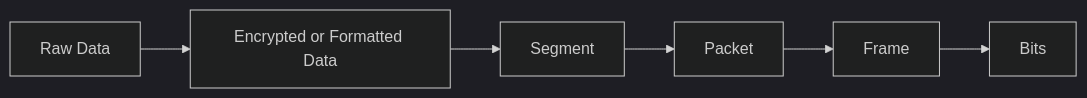
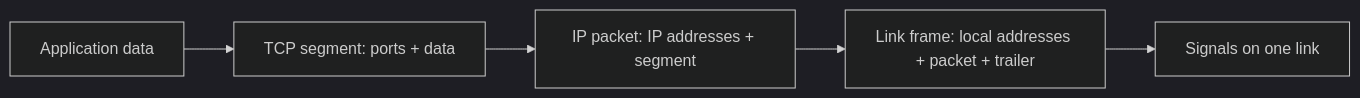
The fourth of 11 diagrams in computer-network/02-network-models/network-models.md (vanshbaranwal/backend-projects), drawn with Mermaid (dark theme) before and after one commit. The commit also changed other lines of this file and 2 other files, not shown here.

Commit message:
docs(networking): refine notes, analogies, and diagrams

````diff
--- a/computer-network/02-network-models/network-models.md
+++ b/computer-network/02-network-models/network-models.md
@@ -189,8 +220,7 @@
 ```mermaid
 flowchart LR
-    A[Raw Data] --> B[Encrypted or Formatted Data]
-    B --> C[Segment]
-    C --> D[Packet]
-    D --> E[Frame]
-    E --> F[Bits]
+    A[Application data] --> B[TCP segment: ports + data]
+    B --> C[IP packet: IP addresses + segment]
+    C --> D[Link frame: local addresses + packet + trailer]
+    D --> E[Signals on one link]
 ```
````
